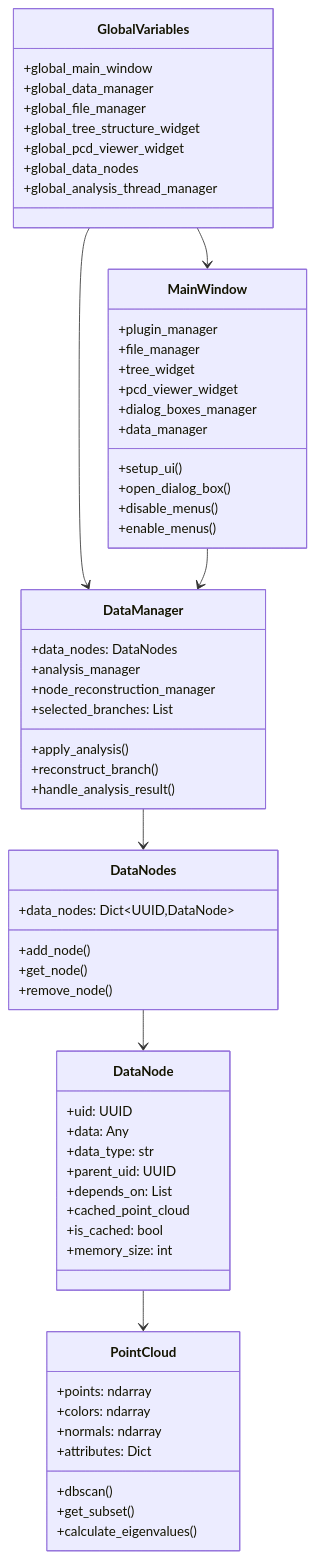
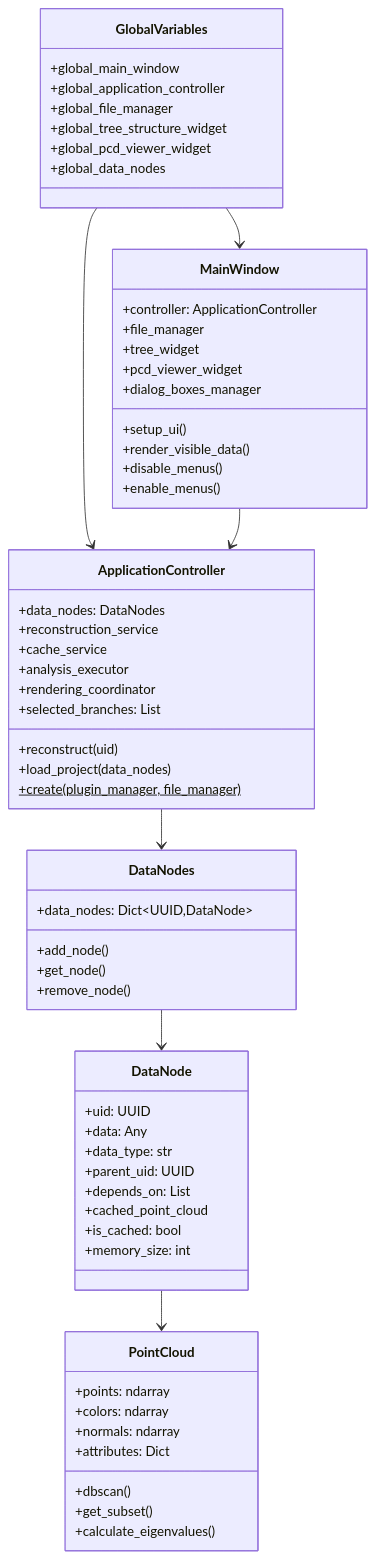
The sixth of 8 diagrams in ARCHITECTURE.md (Sepehr-Sobhani-AU/SPCToolkit), drawn with Mermaid before and after one commit. The commit also changed other lines of this file and 1 other file, not shown here.

First line of the commit message:
Update CLAUDE.md and ARCHITECTURE.md for new architecture

````diff
--- a/ARCHITECTURE.md
+++ b/ARCHITECTURE.md
@@ -317,70 +350,70 @@
 ```mermaid
 classDiagram
     class GlobalVariables {
         +global_main_window
-        +global_data_manager
+        +global_application_controller
         +global_file_manager
         +global_tree_structure_widget
         +global_pcd_viewer_widget
         +global_data_nodes
-        +global_analysis_thread_manager
     }
 
     class MainWindow {
-        +plugin_manager
+        +controller: ApplicationController
         +file_manager
         +tree_widget
         +pcd_viewer_widget
         +dialog_boxes_manager
-        +data_manager
         +setup_ui()
-        +open_dialog_box()
+        +render_visible_data()
         +disable_menus()
         +enable_menus()
     }
 
-    class DataManager {
+    class ApplicationController {
         +data_nodes: DataNodes
-        +analysis_manager
-        +node_reconstruction_manager
+        +reconstruction_service
+        +cache_service
+        +analysis_executor
+        +rendering_coordinator
         +selected_branches: List
-        +apply_analysis()
-        +reconstruct_branch()
-        +handle_analysis_result()
+        +reconstruct(uid)
+        +load_project(data_nodes)
+        +create(plugin_manager, file_manager)$
     }
 
     class DataNodes {
         +data_nodes: Dict~UUID,DataNode~
         +add_node()
         +get_node()
         +remove_node()
     }
 
     class DataNode {
         +uid: UUID
         +data: Any
         +data_type: str
         +parent_uid: UUID
         +depends_on: List
         +cached_point_cloud
         +is_cached: bool
         +memory_size: int
     }
 
     class PointCloud {
         +points: ndarray
         +colors: ndarray
         +normals: ndarray
         +attributes: Dict
         +dbscan()
         +get_subset()
         +calculate_eigenvalues()
     }
 
     GlobalVariables --> MainWindow
-    GlobalVariables --> DataManager
-    MainWindow --> DataManager
-    DataManager --> DataNodes
+    GlobalVariables --> ApplicationController
+    MainWindow --> ApplicationController
+    ApplicationController --> DataNodes
     DataNodes --> DataNode
     DataNode --> PointCloud
 ```
````
